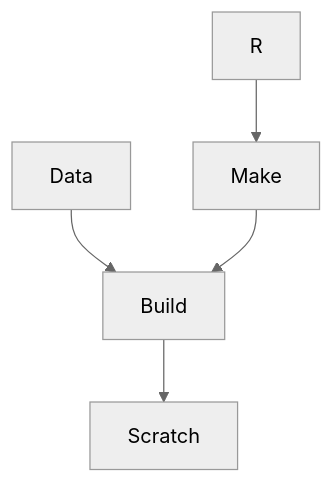
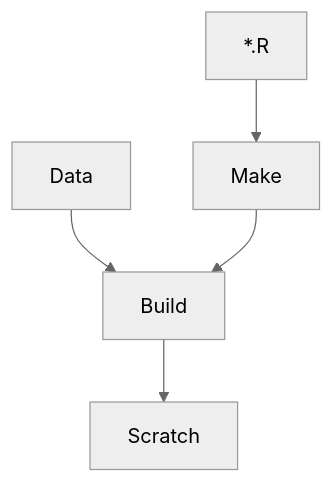
Before and after one commit to BAAQMD/InMAP-SFAB: the diagram in README.md, drawn with Mermaid (neutral theme).

````diff
--- a/README.md
+++ b/README.md
@@ -21,7 +21,7 @@
 ```mermaid
   graph TD;
-      R-->Make;
+      *.R-->Make;
       Data-->Build;
       Make-->Build;
       Build-->Scratch;
 ```
````
